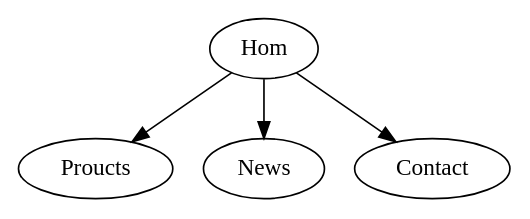
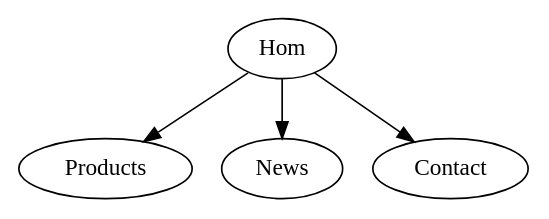
The second of 2 diagrams in first.org (rvf0068/org-document-test), drawn with Graphviz before and after one commit. The commit also changed other lines of this file, not shown here.

```diff
--- a/first.org
+++ b/first.org
@@ -236,11 +271,11 @@
   #+BEGIN_SRC dot :file example1.png
     digraph test {
         size="6,5";
         home [label = "Hom"];
-        prod [label = "Proucts"];
+        prod [label = "Products"];
         news [label = "News"];
         cont [label = "Contact"];
 
         home -> {prod news cont}
     }
   #+END_SRC
```
